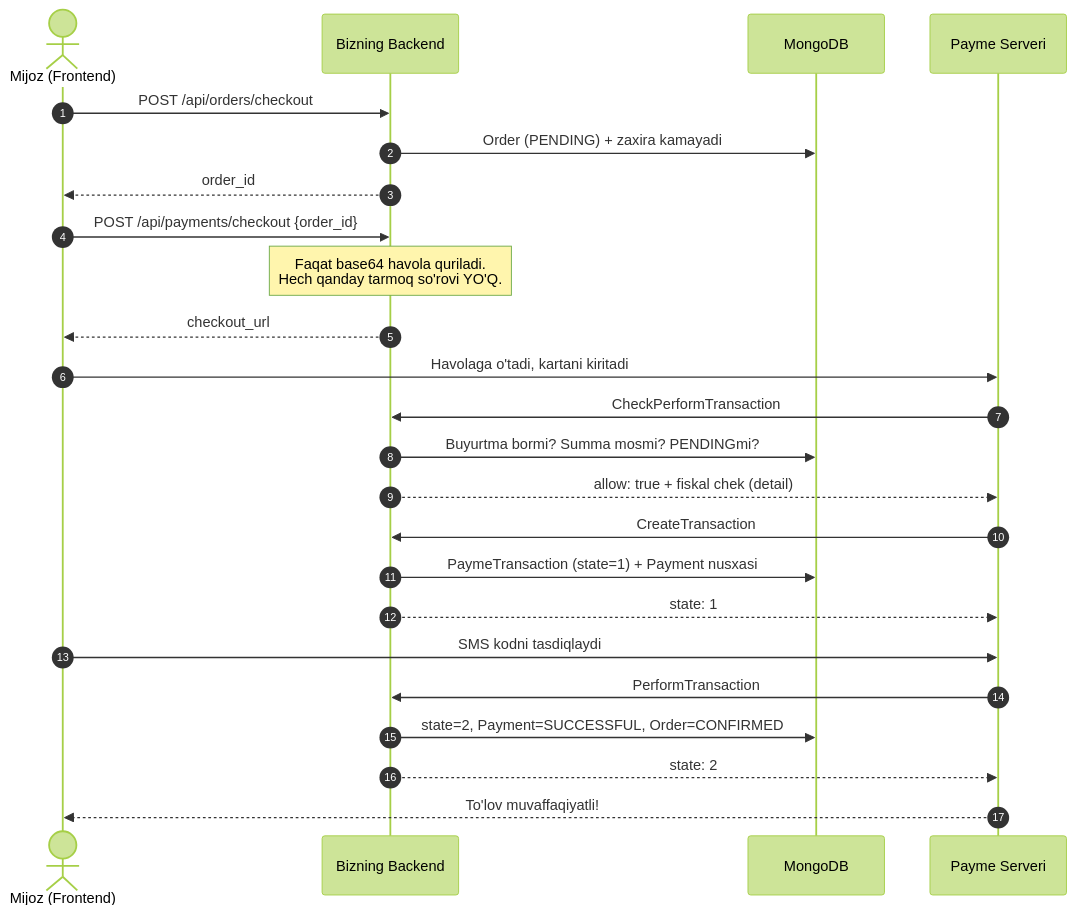
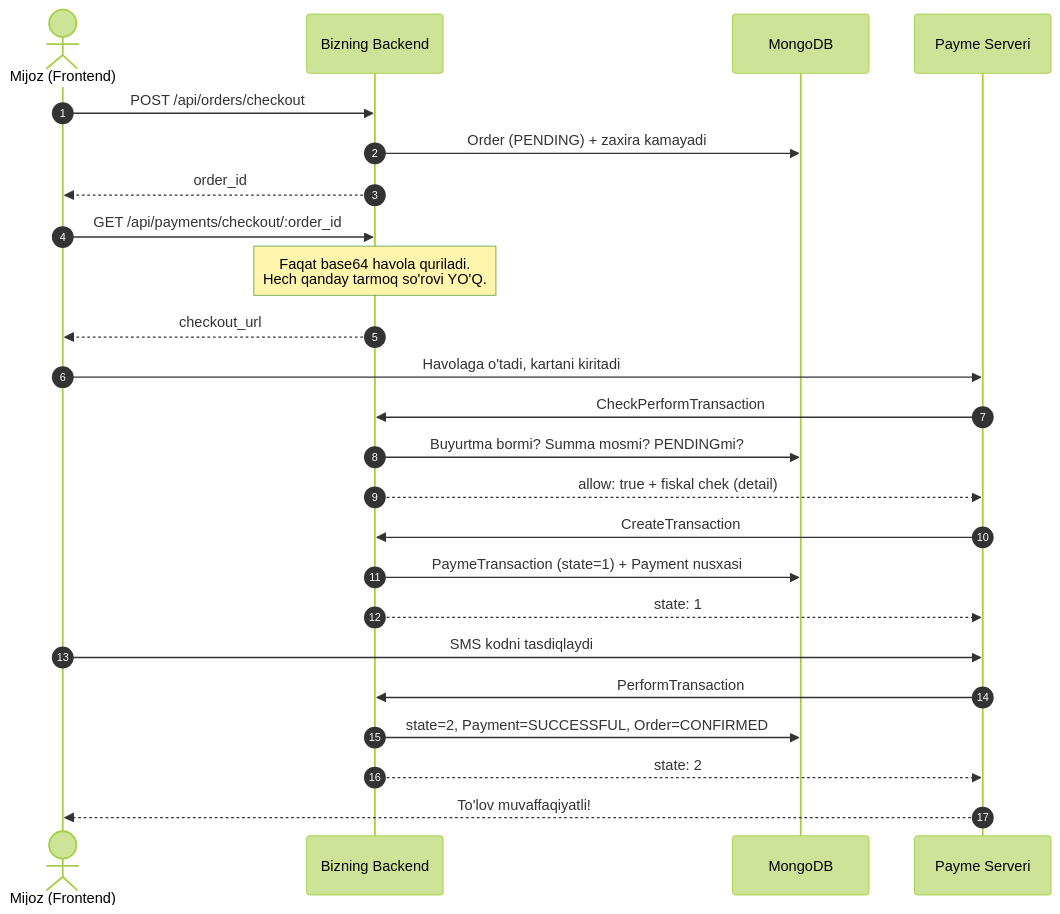
The diagram in PAYME_INTEGRATION.md (ibroximovv/e-commerse-back), drawn with Mermaid (forest theme) before and after one commit. The commit also changed other lines of this file and 10 other files, not shown here.

Commit message:
refactor: migrate payment checkout to GET /api/payments/checkout/:order_id and remove redundant DTO request body

````diff
--- a/PAYME_INTEGRATION.md
+++ b/PAYME_INTEGRATION.md
@@ -255,33 +255,33 @@
 ```mermaid
 sequenceDiagram
     autonumber
     actor User as Mijoz (Frontend)
     participant API as Bizning Backend
     participant DB as MongoDB
     participant Payme as Payme Serveri
 
     User->>API: POST /api/orders/checkout
     API->>DB: Order (PENDING) + zaxira kamayadi
     API-->>User: order_id
 
-    User->>API: POST /api/payments/checkout {order_id}
+    User->>API: GET /api/payments/checkout/:order_id
     Note over API: Faqat base64 havola quriladi.<br/>Hech qanday tarmoq so'rovi YO'Q.
     API-->>User: checkout_url
 
     User->>Payme: Havolaga o'tadi, kartani kiritadi
 
     Payme->>API: CheckPerformTransaction
     API->>DB: Buyurtma bormi? Summa mosmi? PENDINGmi?
     API-->>Payme: allow: true + fiskal chek (detail)
 
     Payme->>API: CreateTransaction
     API->>DB: PaymeTransaction (state=1) + Payment nusxasi
     API-->>Payme: state: 1
 
     User->>Payme: SMS kodni tasdiqlaydi
 
     Payme->>API: PerformTransaction
     API->>DB: state=2, Payment=SUCCESSFUL, Order=CONFIRMED
     API-->>Payme: state: 2
     Payme-->>User: To'lov muvaffaqiyatli!
 ```
````
